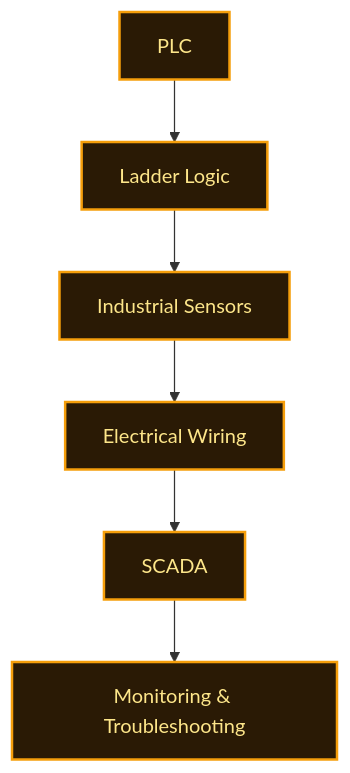
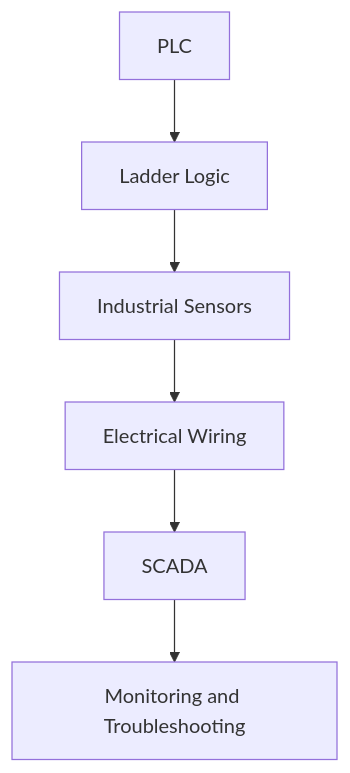
Before and after one commit to 03-sakshi/03-sakshi: the eighth of 9 diagrams in README.md, drawn with Mermaid. The commit also changed other lines of this file, not shown here.

````diff
--- a/README.md
+++ b/README.md
@@ -396,10 +174,8 @@
 ```mermaid
 flowchart TD
     A["PLC"] --> B["Ladder Logic"]
     B --> C["Industrial Sensors"]
     C --> D["Electrical Wiring"]
     D --> E["SCADA"]
-    E --> F["Monitoring &amp; Troubleshooting"]
-    classDef n fill:#2a1a05,stroke:#f59e0b,stroke-width:2px,color:#fde68a;
-    class A,B,C,D,E,F n;
+    E --> F["Monitoring and Troubleshooting"]
 ```
````
